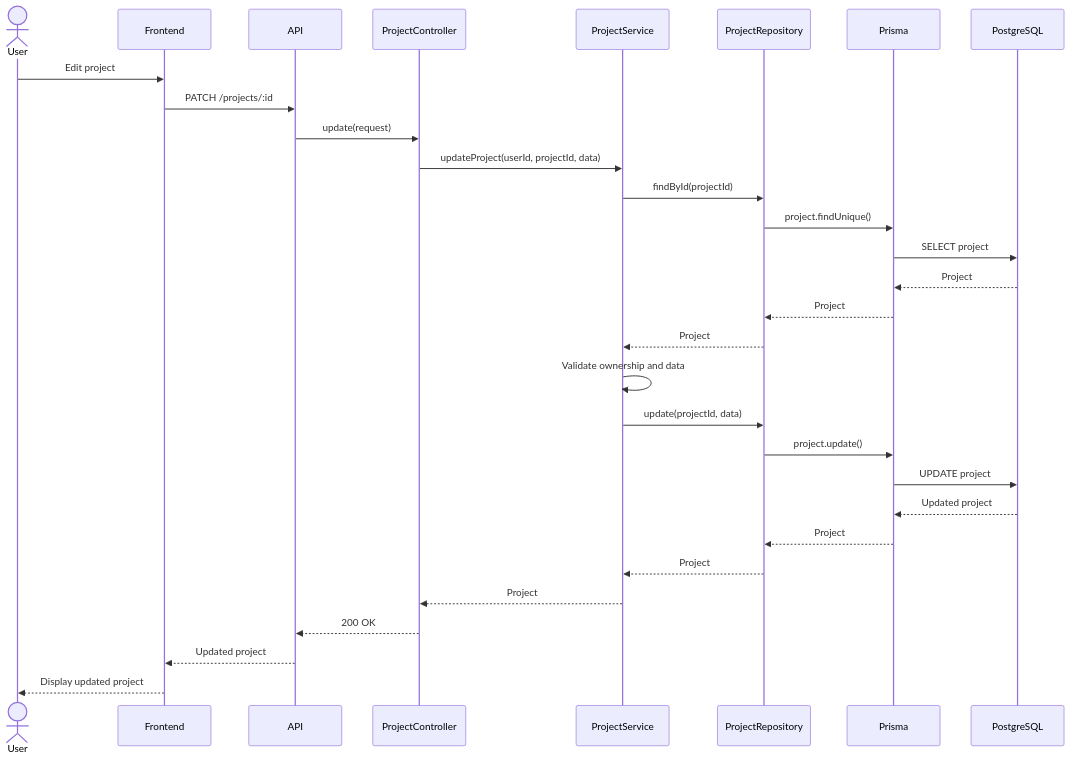
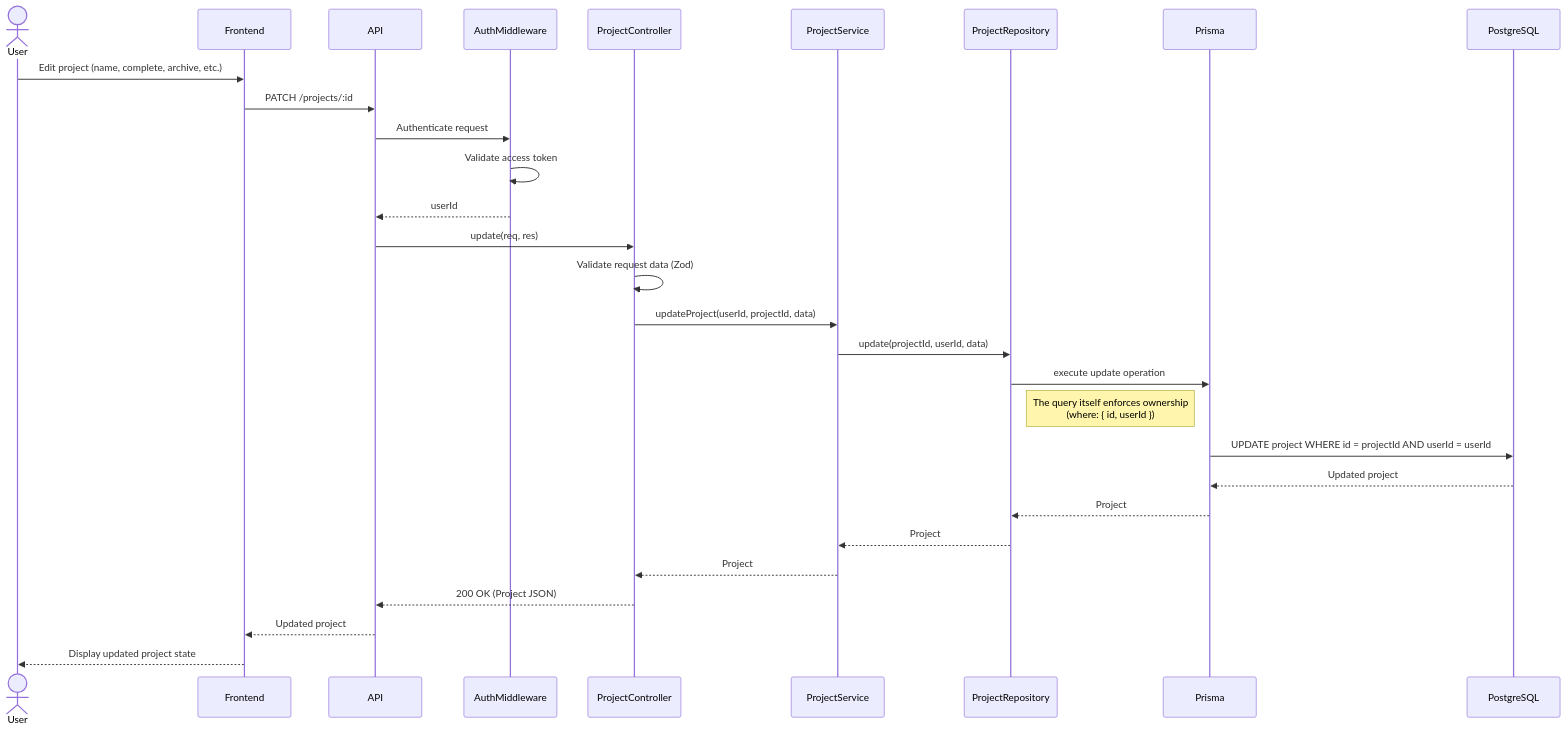
The diagram in docs/diagrams/sequence-diagrams/project/update.md (davihenriquedev1/prodixus), drawn with Mermaid before and after one commit. The commit also changed other lines of this file and 7 other files, not shown here.

````diff
--- a/docs/diagrams/sequence-diagrams/project/update.md
+++ b/docs/diagrams/sequence-diagrams/project/update.md
@@ -3,61 +3,40 @@
 ```mermaid
 sequenceDiagram
-
     actor User
 
     participant Frontend
-
     participant API
-
+    participant AuthMiddleware
     participant ProjectController
-
     participant ProjectService
-
     participant ProjectRepository
-
     participant Prisma
-
     participant PostgreSQL
 
-    User->>Frontend: Edit project
-
+    User->>Frontend: Edit project (name, complete, archive, etc.)
     Frontend->>API: PATCH /projects/:id
 
-    API->>ProjectController: update(request)
+    API->>AuthMiddleware: Authenticate request
+    AuthMiddleware->>AuthMiddleware: Validate access token
+    AuthMiddleware-->>API: userId
+
+    API->>ProjectController: update(req, res)
+    ProjectController->>ProjectController: Validate request data (Zod)
 
     ProjectController->>ProjectService: updateProject(userId, projectId, data)
+    ProjectService->>ProjectRepository: update(projectId, userId, data)
 
-    ProjectService->>ProjectRepository: findById(projectId)
+    ProjectRepository->>Prisma: execute update operation
+    Note right of ProjectRepository: The query itself enforces ownership<br>(where: { id, userId })
 
-    ProjectRepository->>Prisma: project.findUnique()
-
-    Prisma->>PostgreSQL: SELECT project
-
-    PostgreSQL-->>Prisma: Project
-
+    Prisma->>PostgreSQL: UPDATE project WHERE id = projectId AND userId = userId
+    PostgreSQL-->>Prisma: Updated project
     Prisma-->>ProjectRepository: Project
 
     ProjectRepository-->>ProjectService: Project
-
-    ProjectService->>ProjectService: Validate ownership and data
-
-    ProjectService->>ProjectRepository: update(projectId, data)
-
-    ProjectRepository->>Prisma: project.update()
-
-    Prisma->>PostgreSQL: UPDATE project
-
-    PostgreSQL-->>Prisma: Updated project
-
-    Prisma-->>ProjectRepository: Project
-
-    ProjectRepository-->>ProjectService: Project
-
     ProjectService-->>ProjectController: Project
 
-    ProjectController-->>API: 200 OK
-
+    ProjectController-->>API: 200 OK (Project JSON)
     API-->>Frontend: Updated project
-
-    Frontend-->>User: Display updated project
+    Frontend-->>User: Display updated project state
 ```
````
